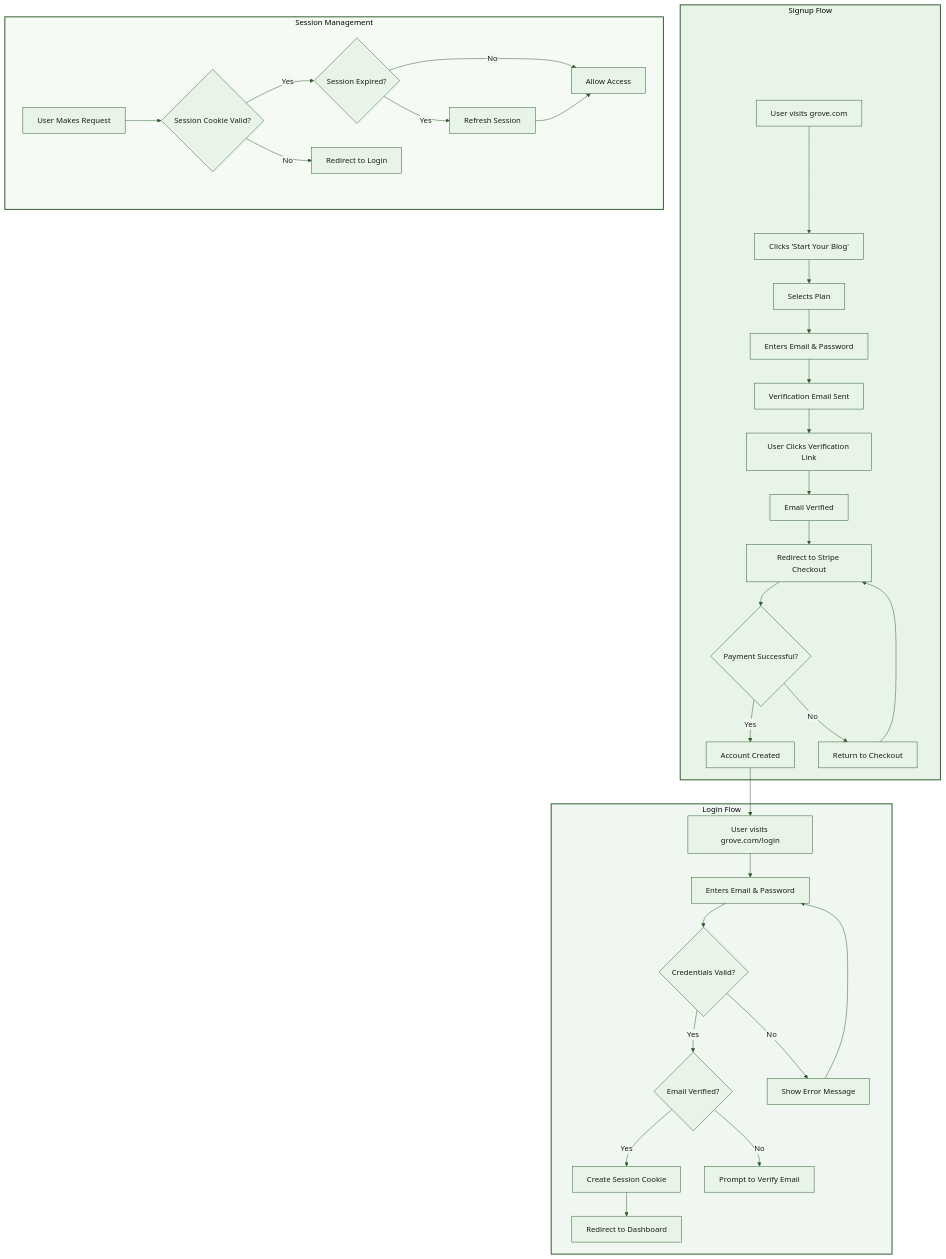
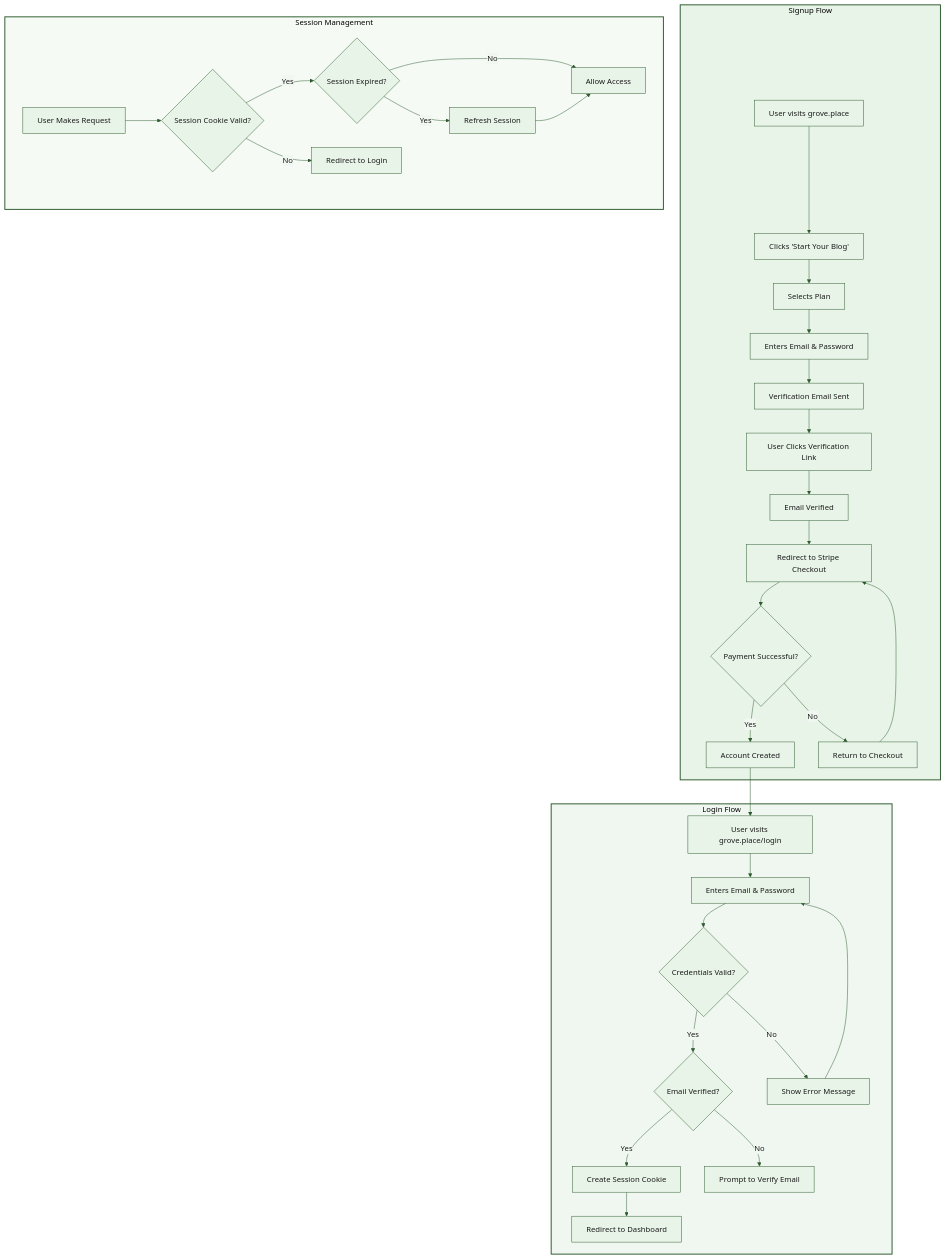
The first of 20 diagrams in docs/diagrams.md (AutumnsGrove/GroveEngine), drawn with Mermaid before and after one commit. The commit also changed other lines of this file and 11 other files, not shown here.

First line of the commit message:
docs: Update domain to grove.place and move to Phase 0.1

````diff
--- a/docs/diagrams.md
+++ b/docs/diagrams.md
@@ -40,43 +40,43 @@
 ```mermaid
 %%{init: {'theme': 'base', 'themeVariables': {'primaryColor': '#e8f4e8', 'primaryTextColor': '#1a1a1a', 'primaryBorderColor': '#2d5a2d', 'lineColor': '#2d5a2d', 'secondaryColor': '#f0f7f0', 'tertiaryColor': '#ffffff', 'background': '#ffffff'}}}%%
 flowchart TD
     subgraph signup["Signup Flow"]
-        A[User visits grove.com] --> B[Clicks 'Start Your Blog']
+        A[User visits grove.place] --> B[Clicks 'Start Your Blog']
         B --> C[Selects Plan]
         C --> D[Enters Email & Password]
         D --> E[Verification Email Sent]
         E --> F[User Clicks Verification Link]
         F --> G[Email Verified]
         G --> H[Redirect to Stripe Checkout]
         H --> I{Payment Successful?}
         I -->|Yes| J[Account Created]
         I -->|No| K[Return to Checkout]
         K --> H
     end
 
     subgraph login["Login Flow"]
-        L[User visits grove.com/login] --> M[Enters Email & Password]
+        L[User visits grove.place/login] --> M[Enters Email & Password]
         M --> N{Credentials Valid?}
         N -->|Yes| O{Email Verified?}
         N -->|No| P[Show Error Message]
         P --> M
         O -->|Yes| Q[Create Session Cookie]
         O -->|No| R[Prompt to Verify Email]
         Q --> S[Redirect to Dashboard]
     end
 
     subgraph session["Session Management"]
         T[User Makes Request] --> U{Session Cookie Valid?}
         U -->|Yes| V{Session Expired?}
         U -->|No| W[Redirect to Login]
         V -->|No| X[Allow Access]
         V -->|Yes| Y[Refresh Session]
         Y --> X
     end
 
     J --> L
 
     style signup fill:#e8f4e8,stroke:#2d5a2d,stroke-width:2px
     style login fill:#f0f7f0,stroke:#2d5a2d,stroke-width:2px
     style session fill:#f5faf5,stroke:#2d5a2d,stroke-width:2px
 ```
````
